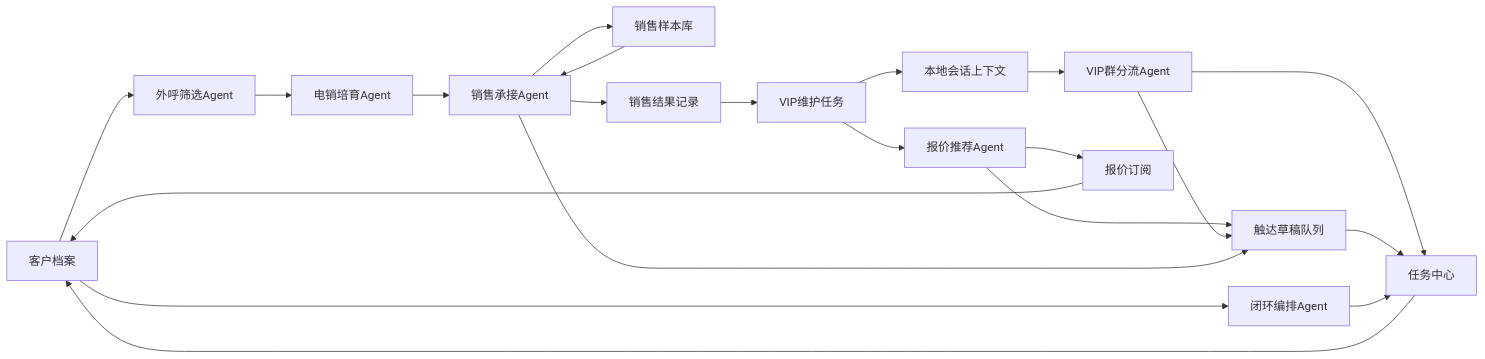
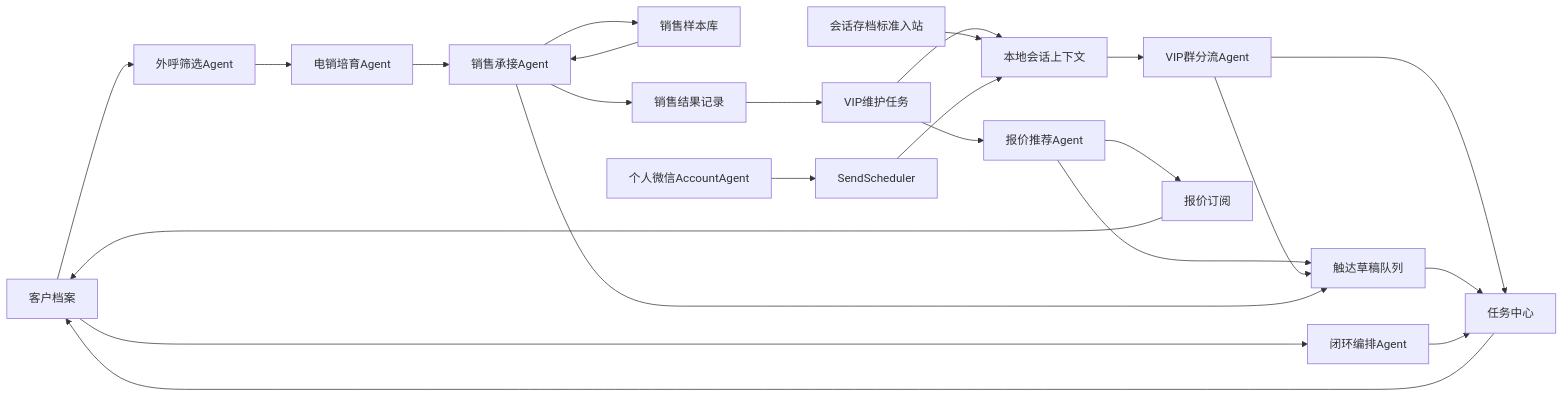
One commit to JUJUJUN313/customer-ops-agent-console changed the diagram in docs/CAPABILITY_AUDIT.md. Above: the diagram before and after it, drawn with Mermaid. The commit also changed other lines of this file and 15 other files, not shown here.

Commit message:
feat: add archive inbound and send scheduler

````diff
--- a/docs/CAPABILITY_AUDIT.md
+++ b/docs/CAPABILITY_AUDIT.md
@@ -73,23 +73,26 @@
 ```mermaid
 flowchart LR
   A["客户档案"] --> B["外呼筛选Agent"]
   B --> C["电销培育Agent"]
   C --> D["销售承接Agent"]
   D --> S["销售样本库"]
   S --> D
   D --> E["销售结果记录"]
   E --> F["VIP维护任务"]
   F --> V["本地会话上下文"]
+  A2["会话存档标准入站"] --> V
+  A3["个人微信AccountAgent"] --> S2["SendScheduler"]
+  S2 --> V
   V --> G["VIP群分流Agent"]
   F --> H["报价推荐Agent"]
   G --> I["任务中心"]
   H --> J["报价订阅"]
   H --> DQ["触达草稿队列"]
   G --> DQ
   D --> DQ
   J --> A
   DQ --> I
   I --> A
   A --> K["闭环编排Agent"]
   K --> I
 ```
````
